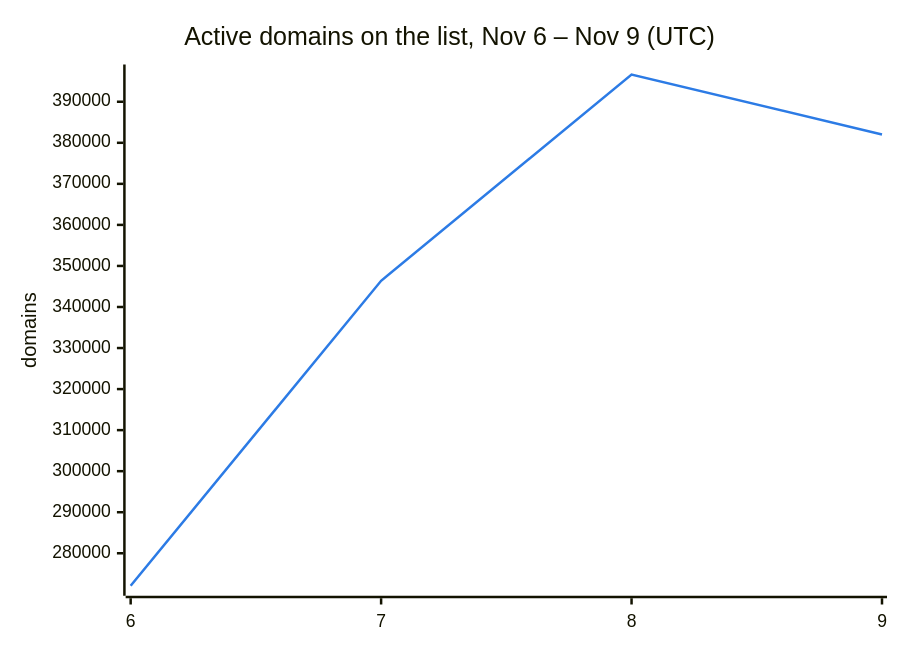
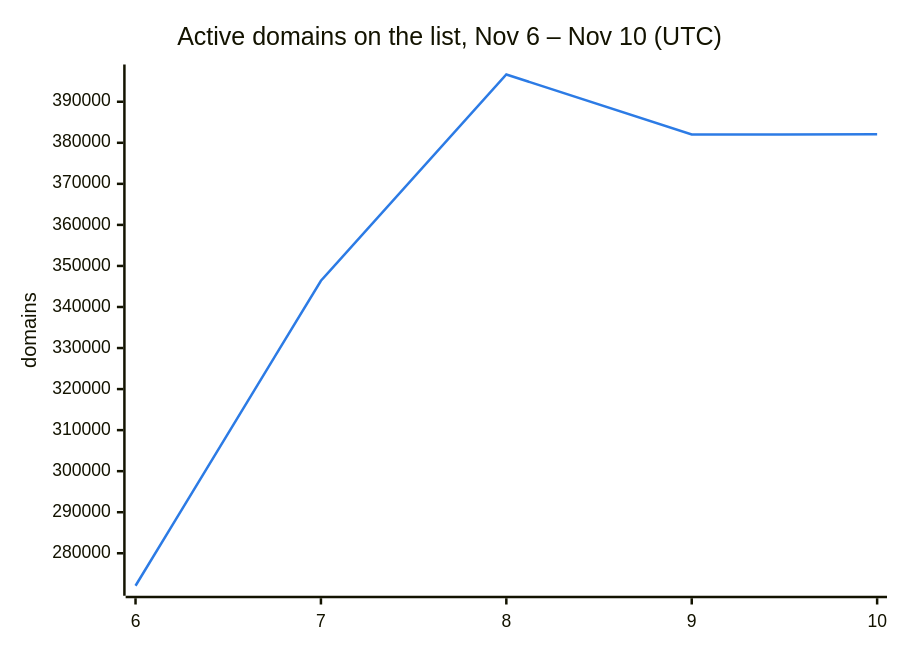
Before and after one commit to DNSBunker/CTI: the second of 3 diagrams in README.md, drawn with Mermaid. The commit also changed other lines of this file and 3 other files, not shown here.

First line of the commit message:
Update 2026-11-10 00:11 UTC: 382087 domains

````diff
--- a/README.md
+++ b/README.md
@@ -38,8 +38,8 @@
 ```mermaid
 %%{init: {"themeVariables": {"xyChart": {"plotColorPalette": "#2c7be5"}}}}%%
 xychart-beta
-    title "Active domains on the list, Nov 6 – Nov 9 (UTC)"
-    x-axis ["6", "7", "8", "9"]
+    title "Active domains on the list, Nov 6 – Nov 10 (UTC)"
+    x-axis ["6", "7", "8", "9", "10"]
     y-axis "domains"
-    line [272088, 346388, 396638, 382009]
+    line [272088, 346388, 396638, 382009, 382087]
 ```
````
